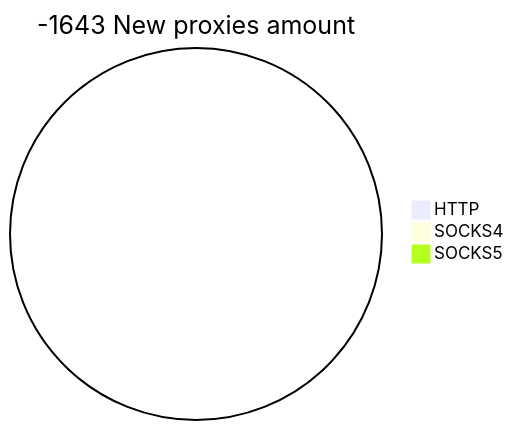
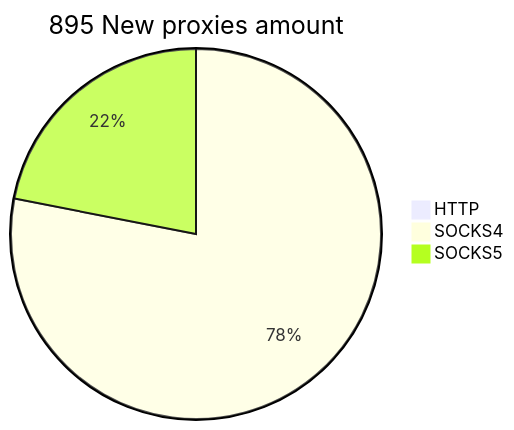
Before and after one commit to cutipu/proxylist: the second of 2 diagrams in README.md, drawn with Mermaid. The commit also changed other lines of this file, not shown here.

````diff
--- a/README.md
+++ b/README.md
@@ -10,6 +10,6 @@
 ```mermaid
-pie title -1643 New proxies amount
+pie title 895 New proxies amount
     "HTTP" : 0
-    "SOCKS4" : 0
-    "SOCKS5" : 0
+    "SOCKS4" : 833
+    "SOCKS5" : 234
 ```
````
